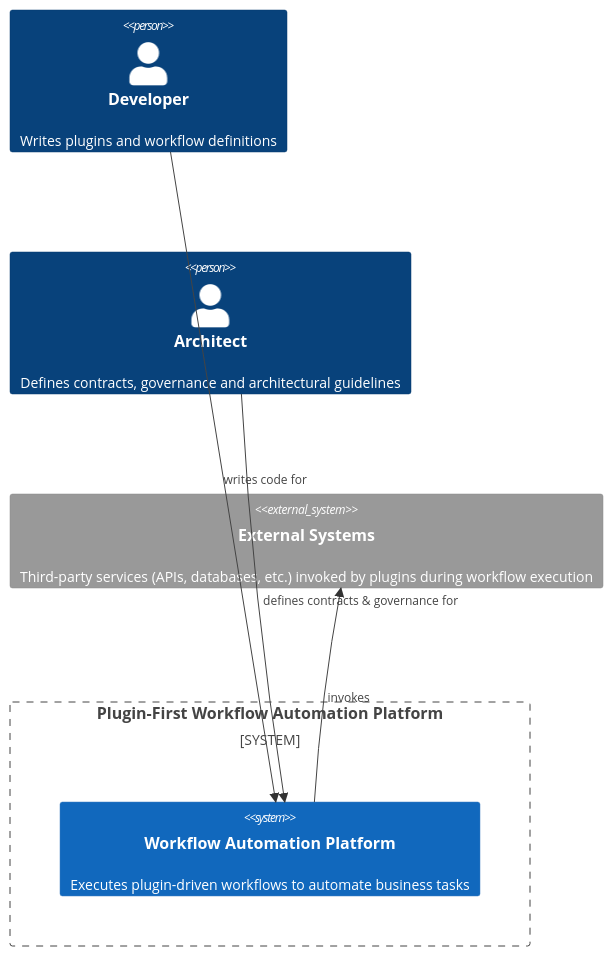
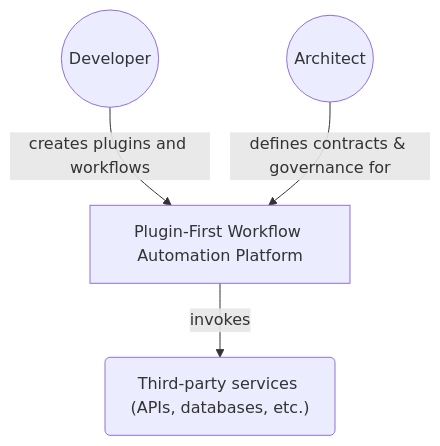
Before and after one commit to camercadop/agentic-workflow-automation-platform: the diagram in docs/architecture/c4/level-0-system-context.md, drawn with Mermaid. The commit also changed 1 other file, not shown here.

Commit message:
docs: add Level 1 Container Diagram to architecture documentation

````diff
--- a/docs/architecture/c4/level-0-system-context.md
+++ b/docs/architecture/c4/level-0-system-context.md
@@ -3,15 +3,17 @@
 ```mermaid
-C4Context
-    Person(dev, "Developer", "Writes plugins and workflow definitions")
-    Person(arch, "Architect", "Defines contracts, governance and architectural guidelines")
+flowchart TD
+    %% Actors
+    dev((Developer))
+    arch((Architect))
 
-    System_Boundary(pfa, "Plugin-First Workflow Automation Platform") {
-        System(pfa_sys, "Workflow Automation Platform", "Executes plugin-driven workflows to automate business tasks")
-    }
+    %% System Boundary
+    pfa["Plugin-First Workflow Automation Platform"]
 
-    System_Ext(ext, "External Systems", "Third-party services (APIs, databases, etc.) invoked by plugins during workflow execution")
+    %% External Systems
+    ext("Third-party services (APIs, databases, etc.)")
 
-    Rel(dev, pfa_sys, "writes code for")
-    Rel(arch, pfa_sys, "defines contracts & governance for")
-    Rel(pfa_sys, ext, "invokes")
+    %% Relationships
+    dev -->|creates plugins and workflows| pfa
+    arch -->|defines contracts & governance for| pfa
+    pfa -->|invokes| ext
 ```
````
